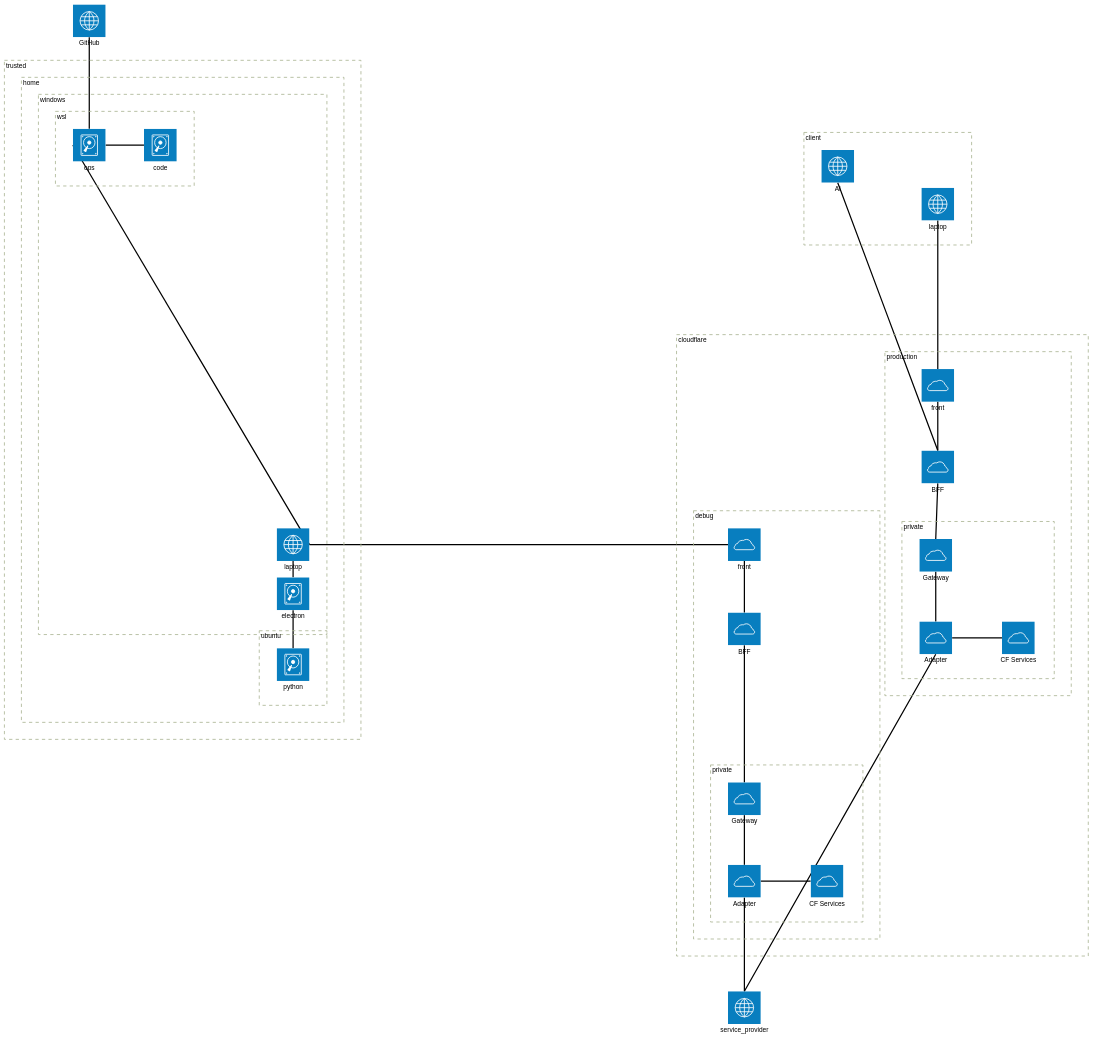
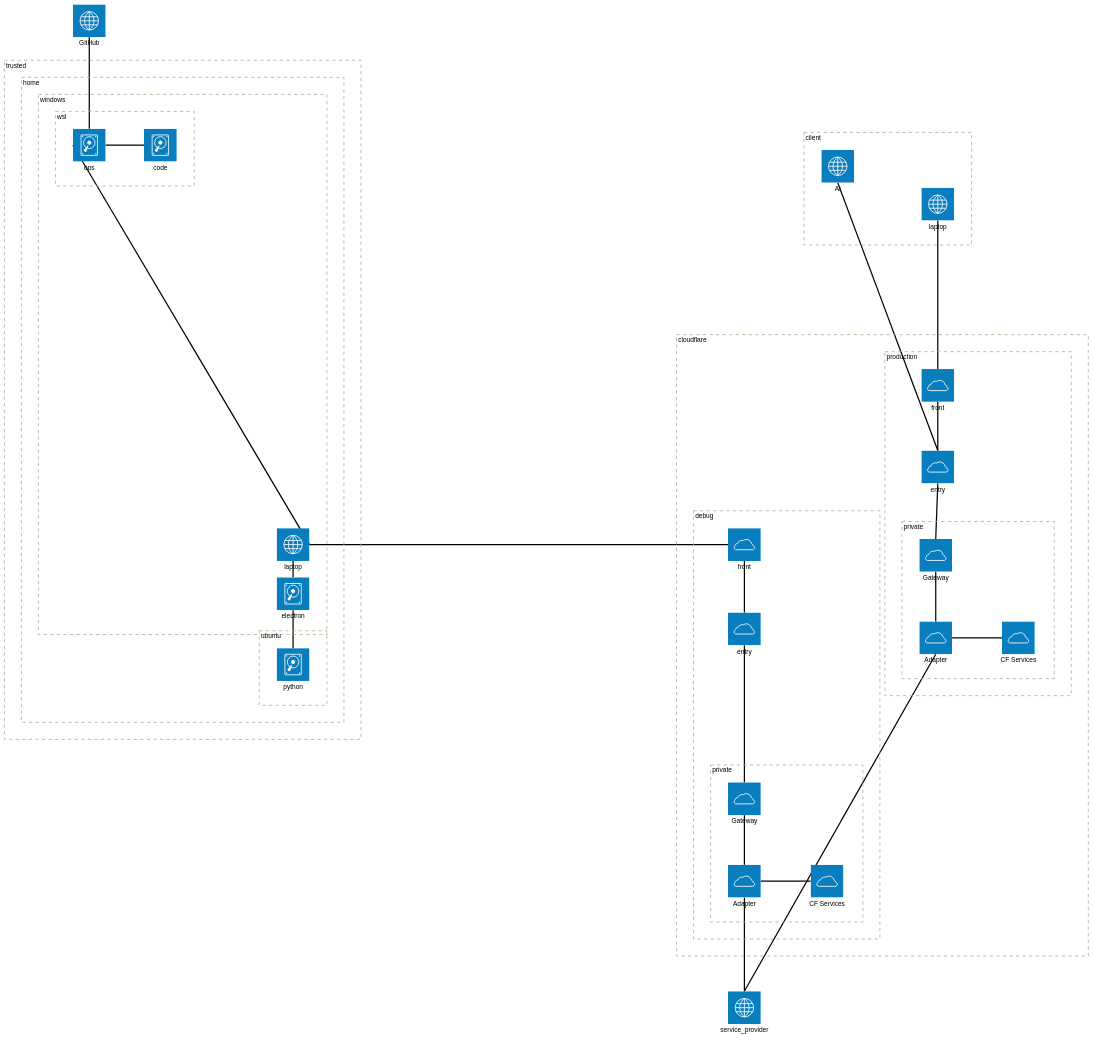
One commit to tachiiri-org/cloude-ops changed the diagram in project/.guide/architecture.mmd. Above: the diagram before and after it, drawn with Mermaid (forest theme). The commit also changed 17 other files, not shown here.

```diff
--- a/project/.guide/architecture.mmd
+++ b/project/.guide/architecture.mmd
@@ -1,56 +1,56 @@
 architecture-beta
   group cloudflare[cloudflare]
   group prod[production] in cloudflare
   group private_prod[private] in prod
   group dbg[debug] in cloudflare
   group private_dbg[private] in dbg
   group trusted[trusted]
   group home[home] in trusted
   group windows[windows] in home
   group wsl[wsl] in windows
   group ubuntu[ubuntu] in home
   group client[client]
 
   service laptop(internet)[laptop] in trusted
   service client_laptop(internet)[laptop] in client
   service AI(internet)[AI] in client
   service ops(disk)[ops] in wsl
   service code(disk)[code] in wsl
   service electron(disk)[electron] in windows
   service gpu_engine(disk)[python] in ubuntu
 
   service pages_prod(cloud)[front] in prod
-  service bff_prod(cloud)[BFF] in prod
+  service entry_prod(cloud)[entry] in prod
   service gateway_prod(cloud)[Gateway] in private_prod
   service adapter_prod(cloud)[Adapter] in private_prod
   service cf_engine_prod(cloud)[CF Services] in private_prod
 
   service pages_dbg(cloud)[front] in dbg
-  service bff_dbg(cloud)[BFF] in dbg
+  service entry_dbg(cloud)[entry] in dbg
   service gateway_dbg(cloud)[Gateway] in private_dbg
   service adapter_dbg(cloud)[Adapter] in private_dbg
   service cf_engine_dbg(cloud)[CF Services] in private_dbg
 
   service github(internet)[GitHub]
   service service_provider(internet)[service_provider]
 
   github:B -- T:ops
   ops:R -- L:code
   laptop:B -- T:electron
   laptop:R -- L:ops
   electron:B -- T:gpu_engine
 
   client_laptop:B -- T:pages_prod
-  AI:B -- T:bff_prod
-  pages_prod:B -- T:bff_prod
-  bff_prod:B -- T:gateway_prod
+  AI:B -- T:entry_prod
+  pages_prod:B -- T:entry_prod
+  entry_prod:B -- T:gateway_prod
   gateway_prod:B -- T:adapter_prod
   adapter_prod:R -- L:cf_engine_prod
   adapter_prod:B -- T:service_provider
 
   laptop:R -- L:pages_dbg
-  pages_dbg:B -- T:bff_dbg
-  bff_dbg:B -- T:gateway_dbg
+  pages_dbg:B -- T:entry_dbg
+  entry_dbg:B -- T:gateway_dbg
   gateway_dbg:B -- T:adapter_dbg
   adapter_dbg:R -- L:cf_engine_dbg
   adapter_dbg:B -- T:service_provider
```
